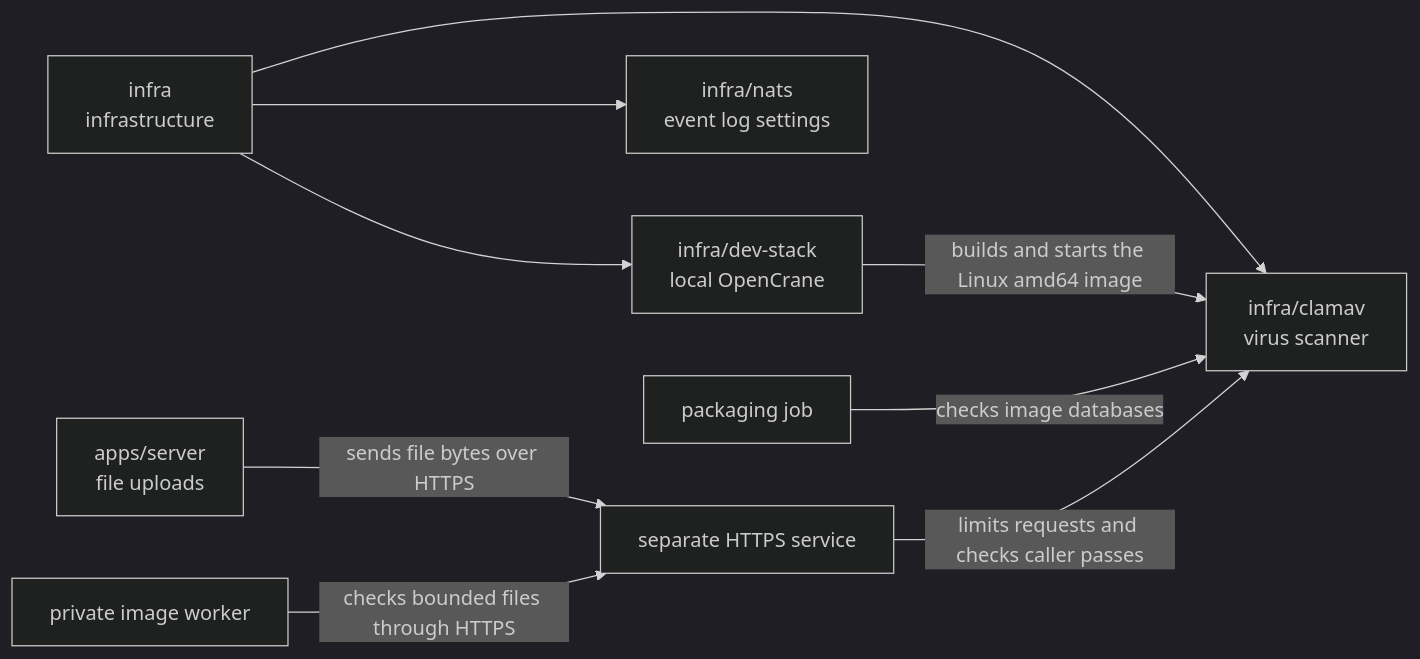
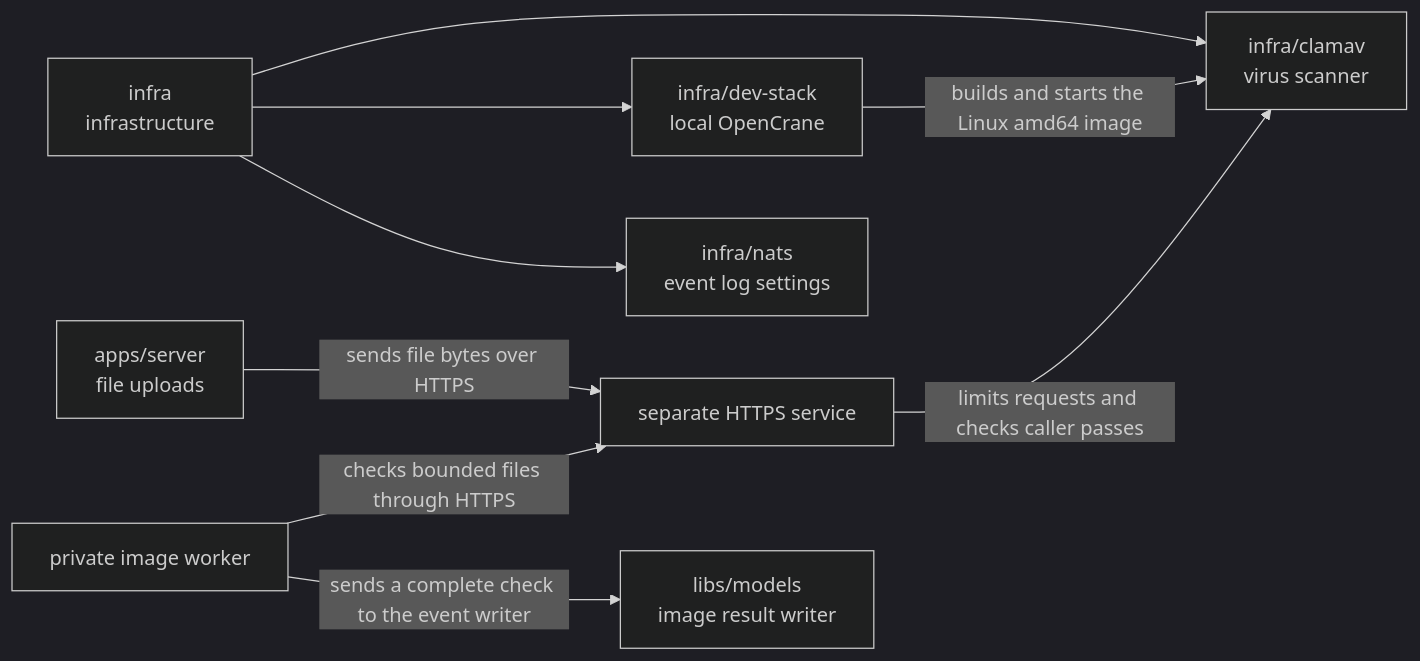
The diagram in infra/clamav/README.md (elewa-git/opencrane-new), drawn with Mermaid (dark theme) before and after one commit. The commit also changed other lines of this file and 11 other files, not shown here.

Commit message:
🦠 Save one complete authenticated image check for its original attempt

````diff
--- a/infra/clamav/README.md
+++ b/infra/clamav/README.md
@@ -18,11 +18,11 @@
 ```mermaid
 flowchart LR
   infra["infra<br/>infrastructure"] --> clamav["infra/clamav<br/>virus scanner"]
   infra --> stack["infra/dev-stack<br/>local OpenCrane"]
   infra --> nats["infra/nats<br/>event log settings"]
   stack -->|builds and starts the Linux amd64 image| clamav
   server["apps/server<br/>file uploads"] -->|sends file bytes over HTTPS| launcher
   worker["private image worker"] -->|checks bounded files through HTTPS| launcher
-  packaging["packaging job"] -->|checks image databases| clamav
+  worker -->|sends a complete check to the event writer| models["libs/models<br/>image result writer"]
   launcher["separate HTTPS service"] -->|limits requests and checks caller passes| clamav
 ```
````
